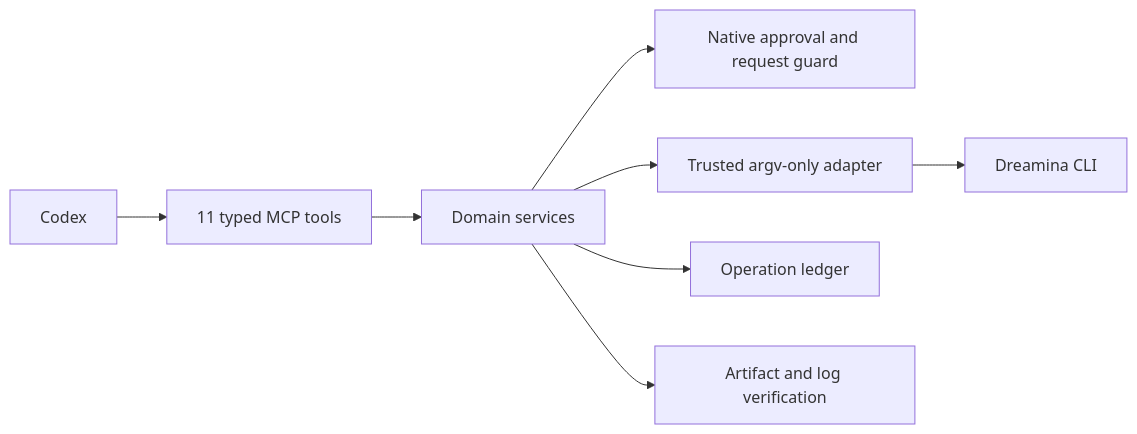
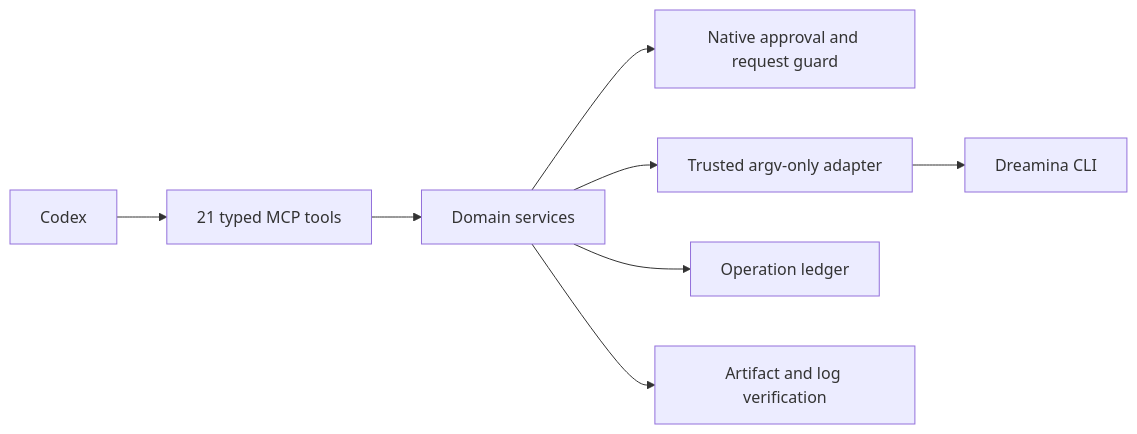
Before and after one commit to full-aigc-plugins/dreamina-design-plugin: the first of 2 diagrams in docs/Codex-Dreamina-Design-Plugin-Architecture.md, drawn with Mermaid. The commit also changed other lines of this file and 3 other files, not shown here.

First line of the commit message:
docs: restructure the architecture and solution pairs

````diff
--- a/docs/Codex-Dreamina-Design-Plugin-Architecture.md
+++ b/docs/Codex-Dreamina-Design-Plugin-Architecture.md
@@ -12,10 +50,10 @@
 ```mermaid
 flowchart LR
-    Codex --> MCP[11 typed MCP tools]
+    Codex --> MCP[21 typed MCP tools]
     MCP --> Services[Domain services]
     Services --> Guard[Native approval and request guard]
     Services --> Adapter[Trusted argv-only adapter]
     Adapter --> CLI[Dreamina CLI]
     Services --> Ledger[Operation ledger]
     Services --> Verify[Artifact and log verification]
 ```
````
